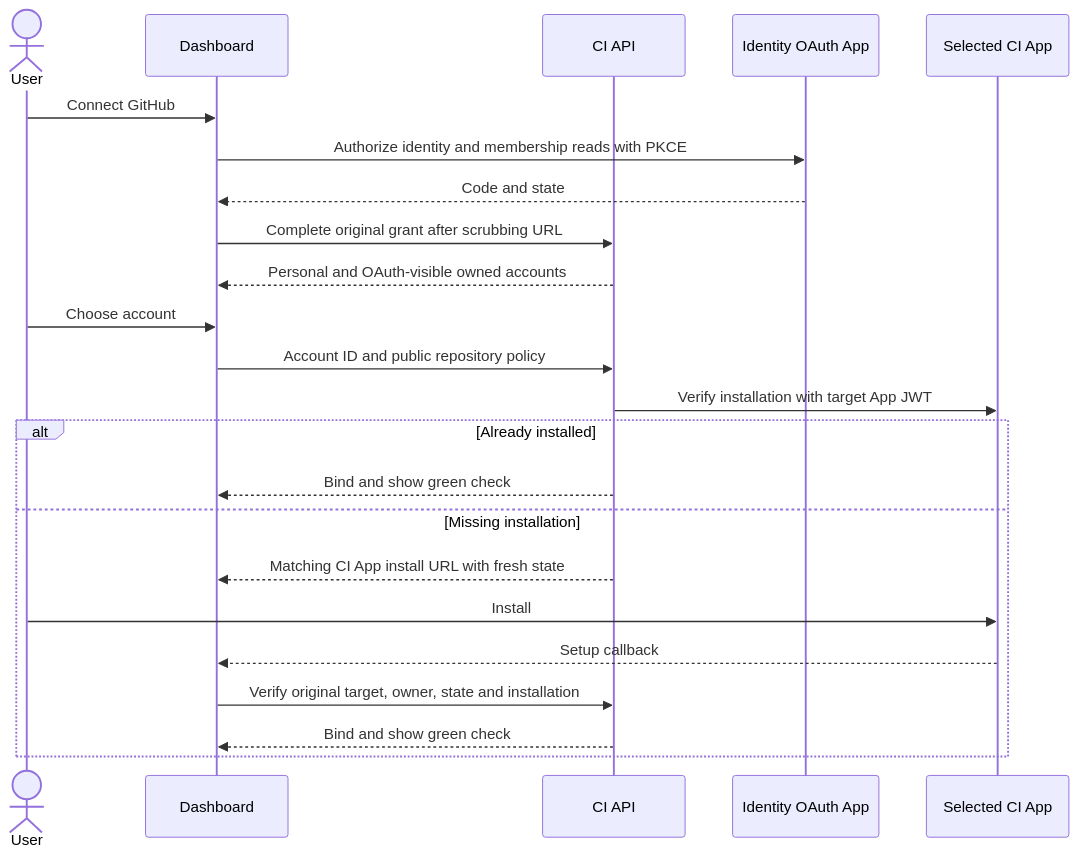
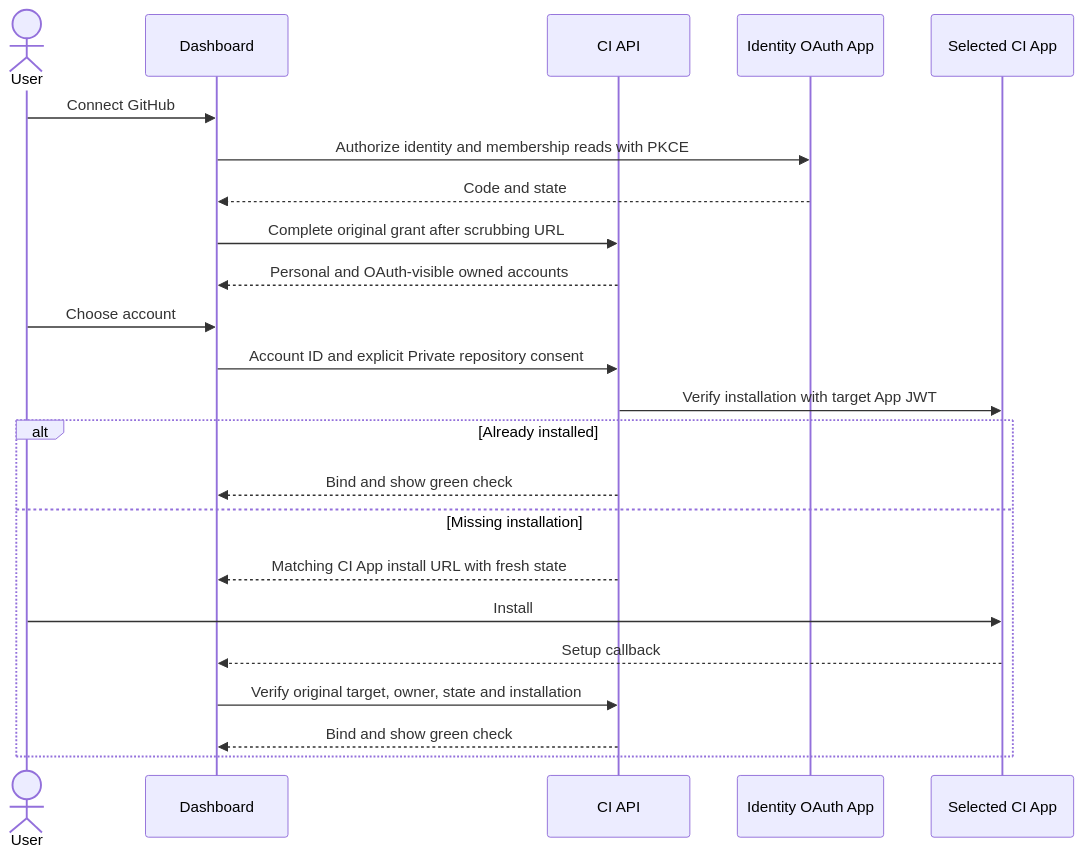
Before and after one commit to boxlite-ai/boxlite: the diagram in apps/api/README.md, drawn with Mermaid. The commit also changed other lines of this file and 66 other files, not shown here.

````diff
--- a/apps/api/README.md
+++ b/apps/api/README.md
@@ -328,25 +328,25 @@
 ```mermaid
 sequenceDiagram
     actor User
     participant UI as Dashboard
     participant API as CI API
     participant OAuth as Identity OAuth App
     participant CI as Selected CI App
     User->>UI: Connect GitHub
     UI->>OAuth: Authorize identity and membership reads with PKCE
     OAuth-->>UI: Code and state
     UI->>API: Complete original grant after scrubbing URL
     API-->>UI: Personal and OAuth-visible owned accounts
     User->>UI: Choose account
-    UI->>API: Account ID and public repository policy
+    UI->>API: Account ID and explicit Private repository consent
     API->>CI: Verify installation with target App JWT
     alt Already installed
         API-->>UI: Bind and show green check
     else Missing installation
         API-->>UI: Matching CI App install URL with fresh state
         User->>CI: Install
         CI-->>UI: Setup callback
         UI->>API: Verify original target, owner, state and installation
         API-->>UI: Bind and show green check
     end
 ```
````
